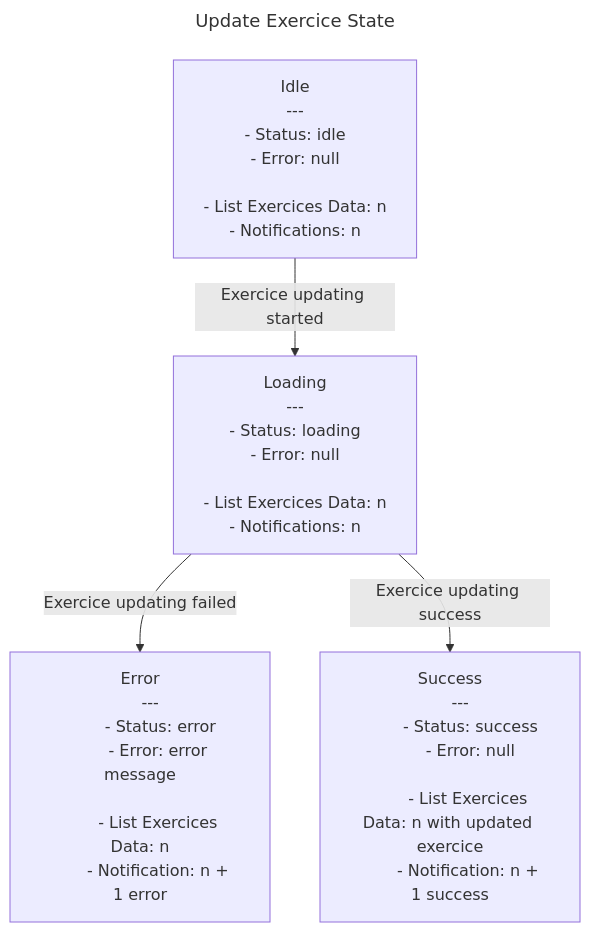
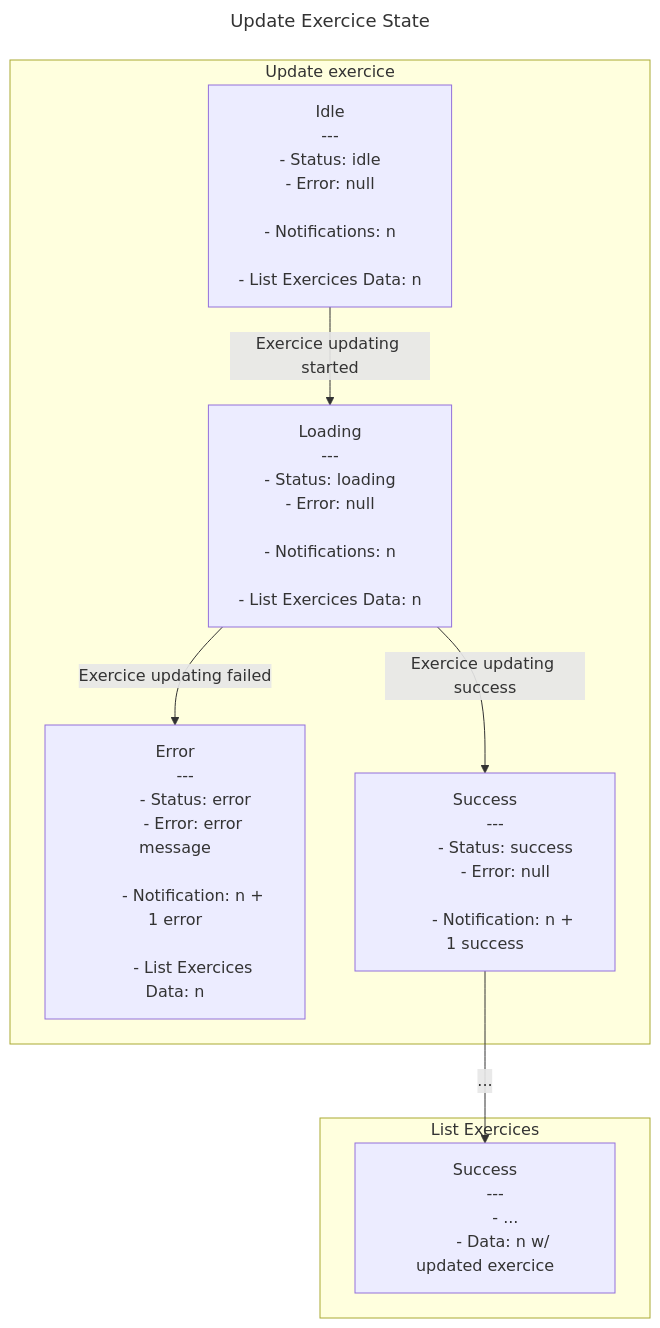
One commit to davidroberto/react-redux-clean-architecture-tdd-eda-vertical-slices changed the diagram in src/exercice/features/update-exercice/update-exercice.state-machine.md. Above: the diagram before and after it, drawn with Mermaid. The commit also changed 2 other files, not shown here.

Commit message:
refacto: update fsm diagram with subgraph for list exercice updated

````diff
--- a/src/exercice/features/update-exercice/update-exercice.state-machine.md
+++ b/src/exercice/features/update-exercice/update-exercice.state-machine.md
@@ -1,50 +1,65 @@
 ```mermaid
 ---
 title: Update Exercice State
 ---
 flowchart TD
 
 A[
     Idle
     ---
         - Status: idle
         - Error: null
     
+        - Notifications: n
+
         - List Exercices Data: n
-        - Notifications: n
 ]
 
 B[
     Loading
     ---
         - Status: loading
         - Error: null
-    
+        
+        - Notifications: n
+
         - List Exercices Data: n
-        - Notifications: n
 ]
 
 C[
     Error
     ---
         - Status: error
         - Error: error message
     
+        - Notification: n + 1 error
+        
         - List Exercices Data: n
-        - Notification: n + 1 error
     ]
 
 D[
     Success
     ---
         - Status: success
         - Error: null
     
-        - List Exercices Data: n with updated exercice
         - Notification: n + 1 success
 ]
 
-A -->|Exercice updating started|B
-B -->|Exercice updating failed|C
-B -->|Exercice updating success|D
+E[
+    Success
+    ---
+        - ...
+        - Data: n w/ updated exercice
+]
+
+subgraph Update exercice
+    A -->|Exercice updating started|B
+    B -->|Exercice updating failed|C
+    B -->|Exercice updating success|D
+end
+
+subgraph List Exercices
+    D -->|...|E
+end
 ```
````
